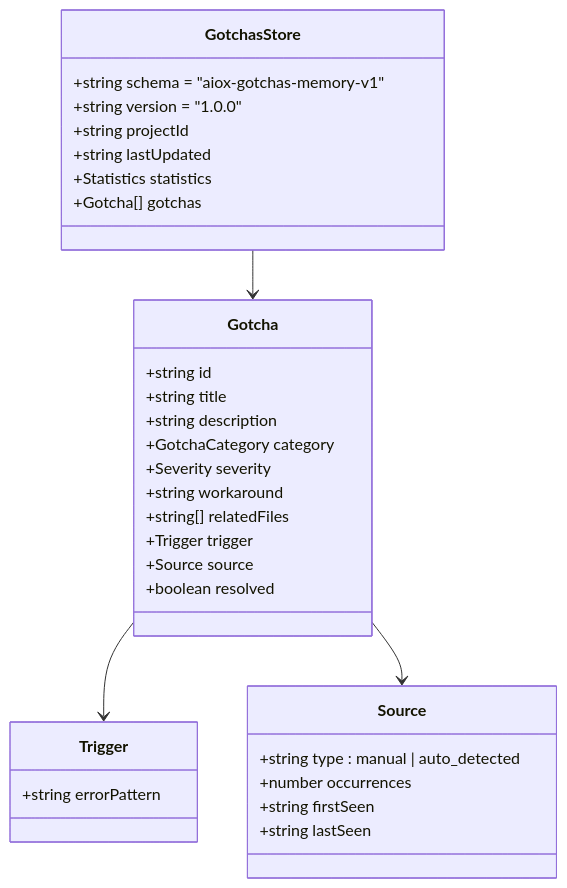
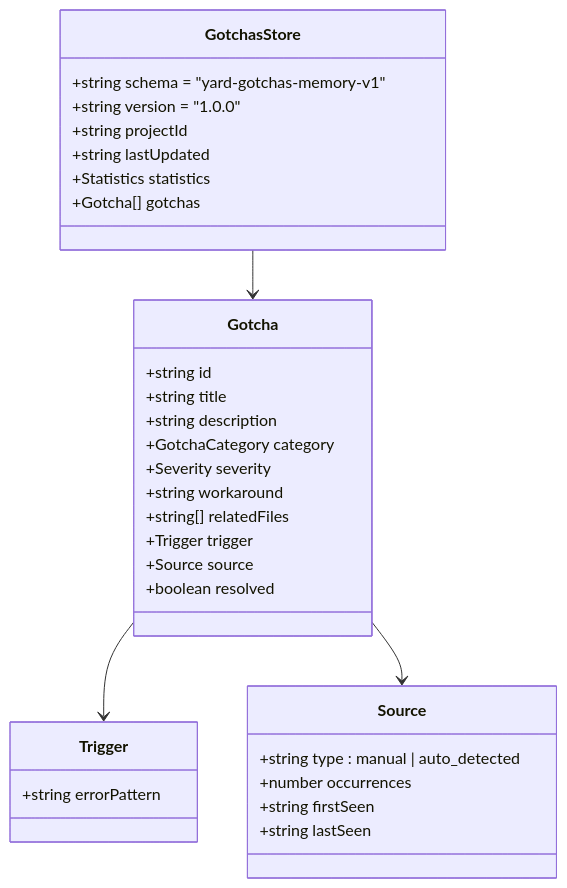
One commit to ernesto-langa/yard-core changed diagram 14 of 18 in docs/zh/guides/MEMORY-SYSTEM.md. Above: the diagram before and after it, drawn with Mermaid. The commit also changed other lines of this file and 529 other files, not shown here.

````diff
--- a/docs/zh/guides/MEMORY-SYSTEM.md
+++ b/docs/zh/guides/MEMORY-SYSTEM.md
@@ -644,39 +644,39 @@
 ```mermaid
 classDiagram
     class GotchasStore {
-        +string schema = "aiox-gotchas-memory-v1"
+        +string schema = "yard-gotchas-memory-v1"
         +string version = "1.0.0"
         +string projectId
         +string lastUpdated
         +Statistics statistics
         +Gotcha[] gotchas
     }
 
     class Gotcha {
         +string id
         +string title
         +string description
         +GotchaCategory category
         +Severity severity
         +string workaround
         +string[] relatedFiles
         +Trigger trigger
         +Source source
         +boolean resolved
     }
 
     class Trigger {
         +string errorPattern
     }
 
     class Source {
         +string type : manual | auto_detected
         +number occurrences
         +string firstSeen
         +string lastSeen
     }
 
     GotchasStore --> Gotcha
     Gotcha --> Trigger
     Gotcha --> Source
 ```
````
